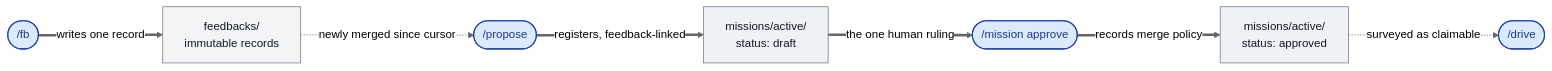
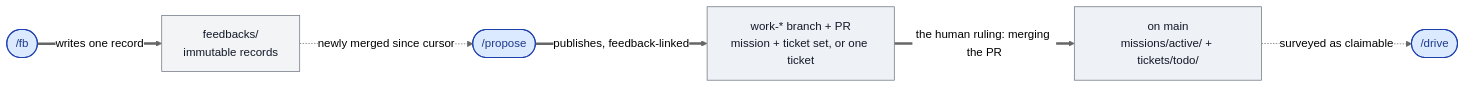
One commit to qmu/workaholic changed the third of 5 diagrams in README.md. Above: the diagram before and after it, drawn with Mermaid (neutral theme). The commit also changed other lines of this file and 1 other file, not shown here.

````diff
--- a/README.md
+++ b/README.md
@@ -262,25 +263,23 @@
 ```mermaid
 flowchart LR
   feedback(["/fb"])
   propose(["/propose"])
-  mission(["/mission approve"])
   drive(["/drive"])
 
   FBK["feedbacks/<br/>immutable records"]
-  DRAFT["missions/active/<br/>status: draft"]
-  APPR["missions/active/<br/>status: approved"]
+  PROP["work-* branch + PR<br/>mission + ticket set, or one ticket"]
+  ACTIVE["on main<br/>missions/active/ + tickets/todo/"]
 
   feedback ==>|writes one record| FBK
   FBK -.->|newly merged since cursor| propose
-  propose ==>|registers, feedback-linked| DRAFT
-  DRAFT ==>|the one human ruling| mission
-  mission ==>|records merge policy| APPR
-  APPR -.->|surveyed as claimable| drive
+  propose ==>|publishes, feedback-linked| PROP
+  PROP ==>|the human ruling: merging the PR| ACTIVE
+  ACTIVE -.->|surveyed as claimable| drive
 
   classDef cmd fill:#dbeafe,stroke:#1e40af,stroke-width:1.5px,color:#1e3a8a;
   classDef state fill:#eef1f6,stroke:#6b7280,color:#111827;
   classDef art fill:#f3f4f6,stroke:#6b7280,color:#111827;
-  class feedback,propose,mission,drive cmd;
-  class DRAFT,APPR state;
+  class feedback,propose,drive cmd;
+  class PROP,ACTIVE state;
   class FBK art;
 ```
````
